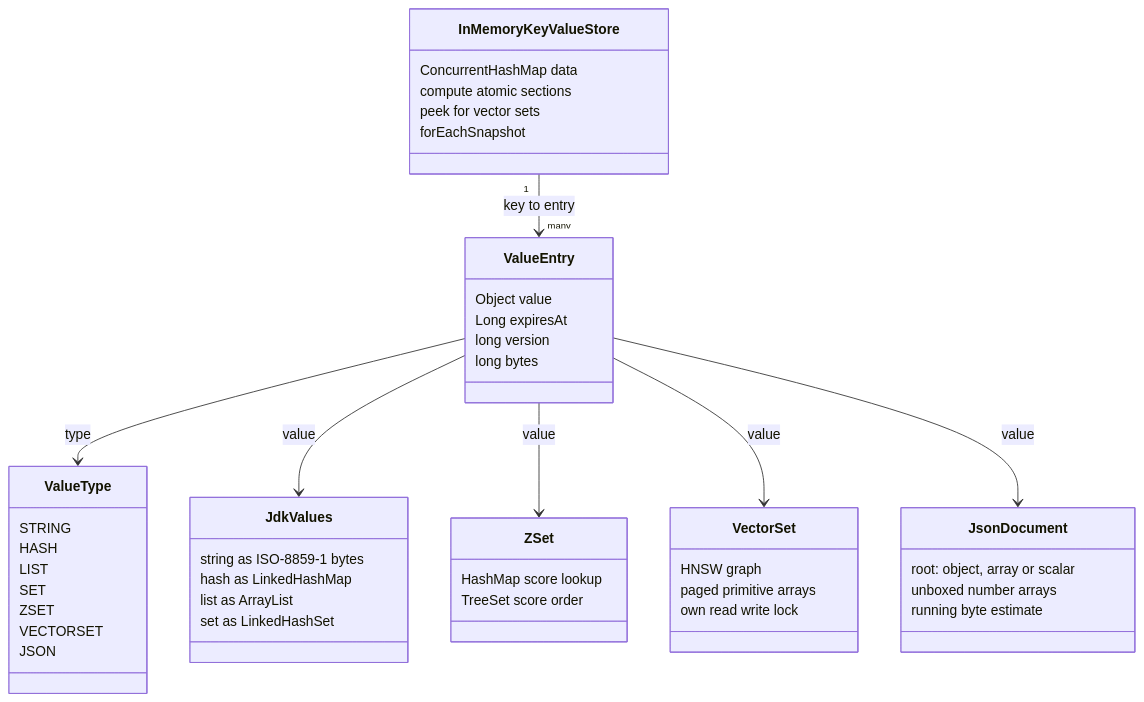
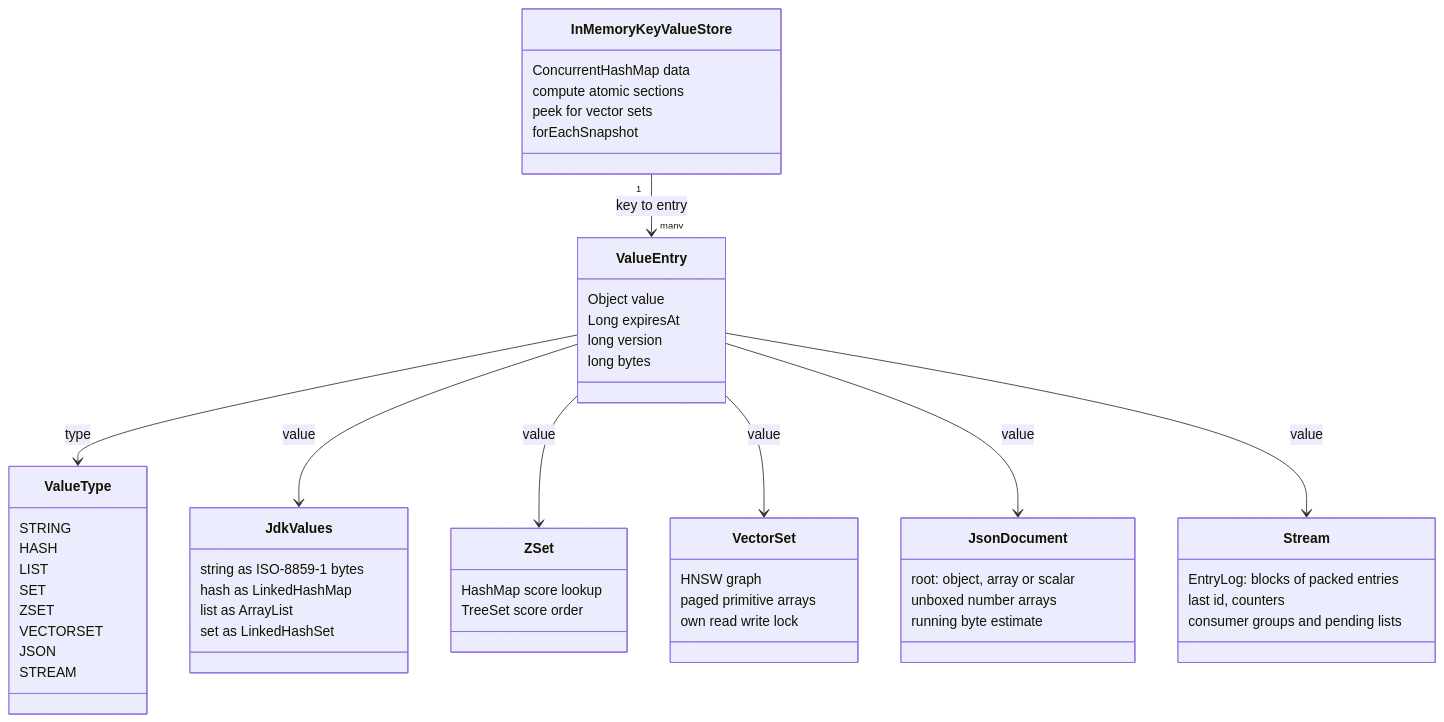
One commit to nitesh-narwal/redCake-springboot changed the sixth of 26 diagrams in README.md. Above: the diagram before and after it, drawn with Mermaid. The commit also changed other lines of this file and 11 other files, not shown here.

````diff
--- a/README.md
+++ b/README.md
@@ -513,50 +720,57 @@
 ```mermaid
 classDiagram
     class InMemoryKeyValueStore {
         ConcurrentHashMap data
         compute atomic sections
         peek for vector sets
         forEachSnapshot
     }
     class ValueEntry {
         Object value
         Long expiresAt
         long version
         long bytes
     }
     class ValueType {
         STRING
         HASH
         LIST
         SET
         ZSET
         VECTORSET
         JSON
+        STREAM
     }
     class JdkValues {
         string as ISO-8859-1 bytes
         hash as LinkedHashMap
         list as ArrayList
         set as LinkedHashSet
     }
     class ZSet {
         HashMap score lookup
         TreeSet score order
     }
     class VectorSet {
         HNSW graph
         paged primitive arrays
         own read write lock
     }
     class JsonDocument {
         root: object, array or scalar
         unboxed number arrays
         running byte estimate
     }
+    class Stream {
+        EntryLog: blocks of packed entries
+        last id, counters
+        consumer groups and pending lists
+    }
     InMemoryKeyValueStore "1" --> "many" ValueEntry : key to entry
     ValueEntry --> ValueType : type
     ValueEntry --> JdkValues : value
     ValueEntry --> ZSet : value
     ValueEntry --> VectorSet : value
     ValueEntry --> JsonDocument : value
+    ValueEntry --> Stream : value
 ```
````
